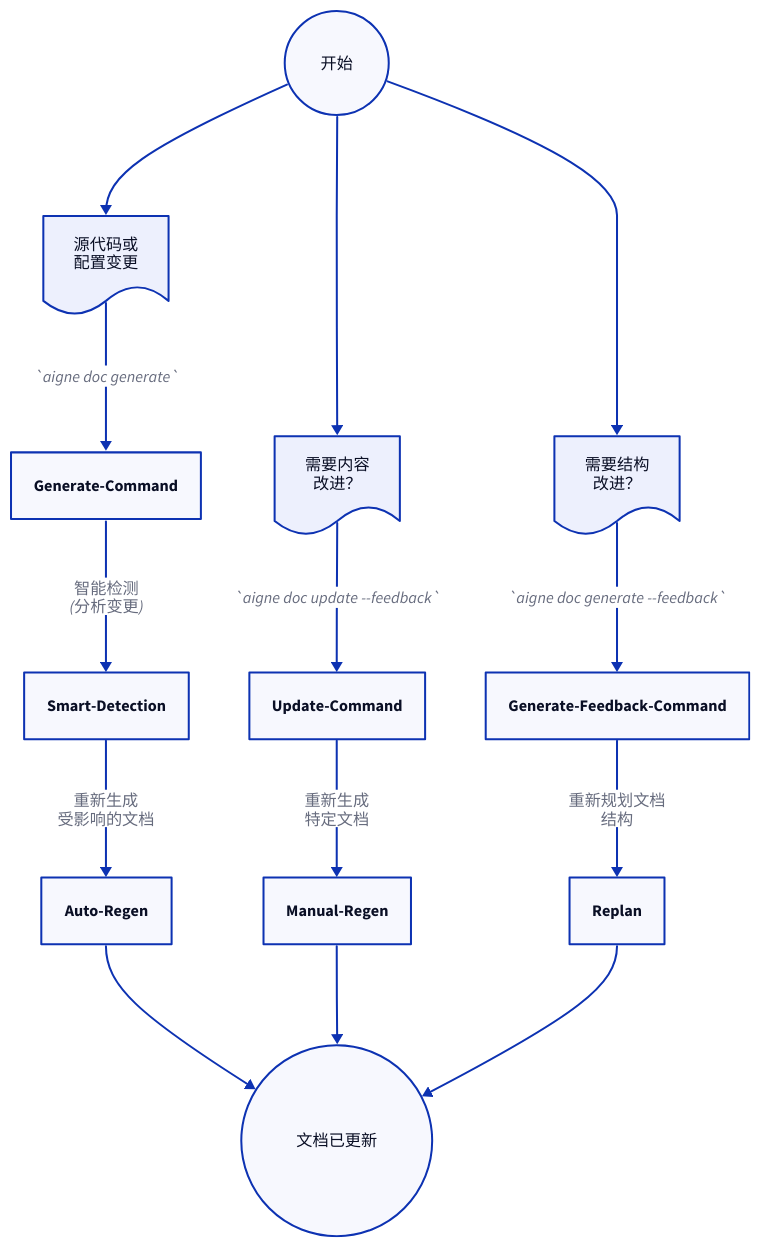
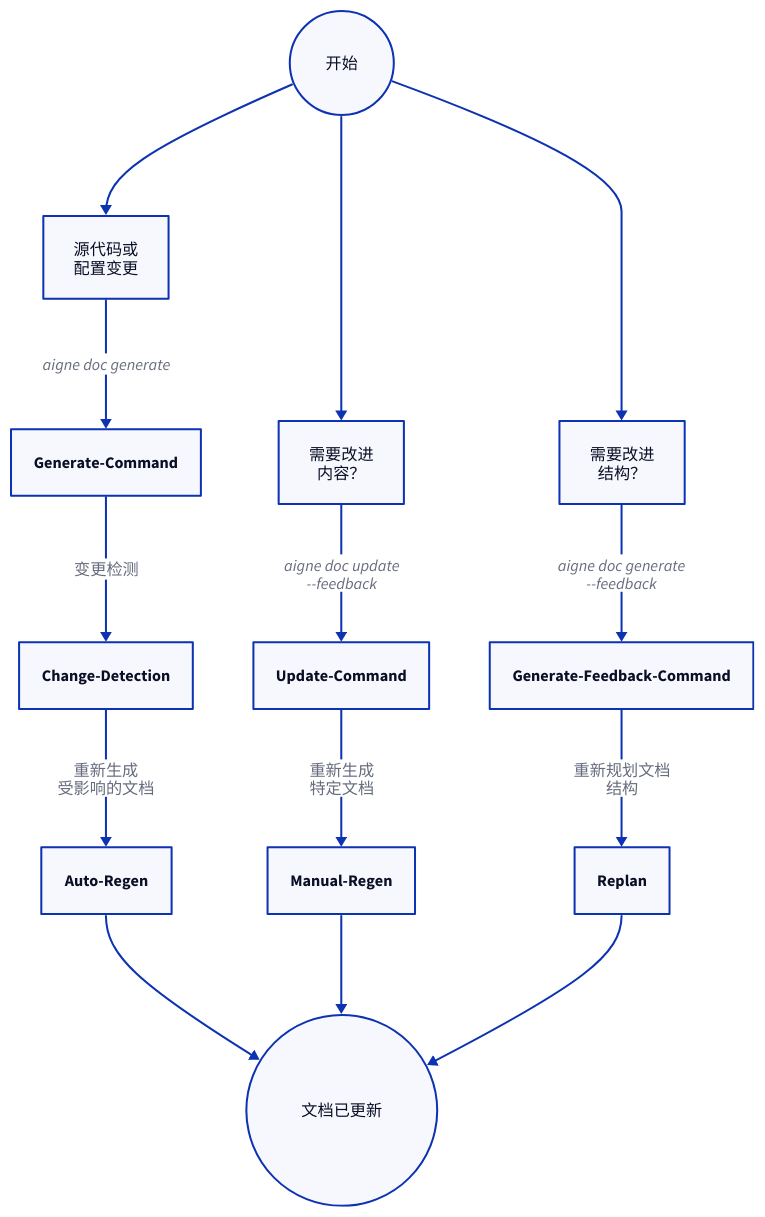
One commit to AIGNE-io/aigne-doc-smith changed the diagram in docs/features-update-and-refine.zh.md. Above: the diagram before and after it, drawn with D2. The commit also changed other lines of this file and 35 other files, not shown here.

````diff
--- a/docs/features-update-and-refine.zh.md
+++ b/docs/features-update-and-refine.zh.md
@@ -18,50 +14,50 @@
 ```d2
 direction: down
 
 Start: {
   shape: circle
   label: "开始"
 }
 
 Code-Change: {
   label: "源代码或\n配置变更"
-  shape: document
+  shape: rectangle
 }
 
 Content-Tweak: {
-  label: "需要内容\n改进？"
-  shape: document
+  label: "需要改进\n内容？"
+  shape: rectangle
 }
 
 Structure-Tweak: {
-  label: "需要结构\n改进？"
-  shape: document
+  label: "需要改进\n结构？"
+  shape: rectangle
 }
 
 Start -> Code-Change
 Start -> Content-Tweak
 Start -> Structure-Tweak
 
-Code-Change -> Generate-Command: "`aigne doc generate`"
+Code-Change -> Generate-Command: "aigne doc generate"
 
-Generate-Command -> Smart-Detection: {
-  label: "智能检测\n(分析变更)"
+Generate-Command -> Change-Detection: {
+  label: "变更检测"
   shape: diamond
 }
-Smart-Detection -> Auto-Regen: "重新生成\n受影响的文档"
+Change-Detection -> Auto-Regen: "重新生成\n受影响的文档"
 
-Content-Tweak -> Update-Command: "`aigne doc update --feedback`"
+Content-Tweak -> Update-Command: "aigne doc update\n--feedback"
 Update-Command -> Manual-Regen: "重新生成\n特定文档"
 
-Structure-Tweak -> Generate-Feedback-Command: "`aigne doc generate --feedback`"
+Structure-Tweak -> Generate-Feedback-Command: "aigne doc generate\n--feedback"
 Generate-Feedback-Command -> Replan: "重新规划文档\n结构"
 
 End: {
   shape: circle
   label: "文档已更新"
 }
 
 Auto-Regen -> End
 Manual-Regen -> End
 Replan -> End
 ```
````
